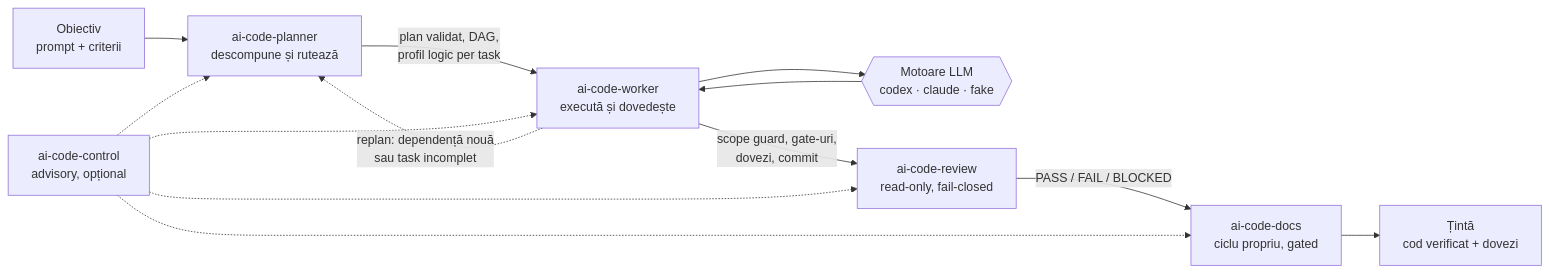
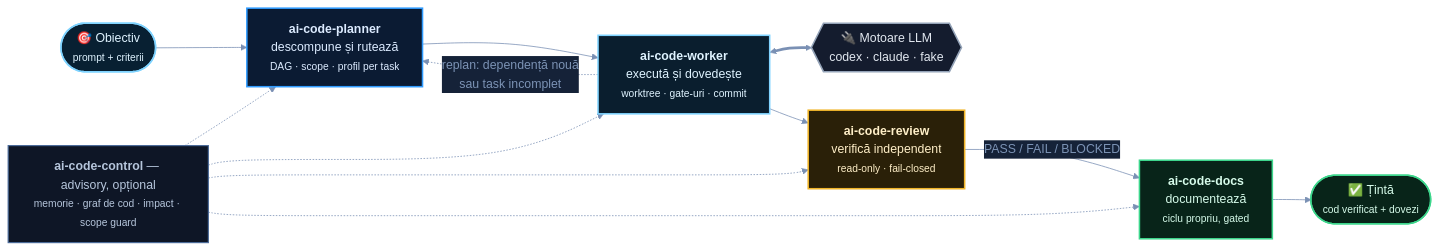
The first of 4 diagrams in README.md (Infoapex/infoapex-ai), drawn with Mermaid before and after one commit. The commit also changed other lines of this file, not shown here.

````diff
--- a/README.md
+++ b/README.md
@@ -45,15 +56,37 @@
 ```mermaid
+%%{init: {'theme':'base','themeVariables':{'fontFamily':'ui-sans-serif, system-ui, sans-serif','lineColor':'#7A90B4','primaryTextColor':'#7C93B5','edgeLabelBackground':'#152238','tertiaryTextColor':'#E8F2FF'}}}%%
 flowchart LR
-    U[Obiectiv<br/>prompt + criterii] --> P[ai-code-planner<br/>descompune și rutează]
-    P -->|plan validat, DAG,<br/>profil logic per task| W[ai-code-worker<br/>execută și dovedește]
-    W -.->|replan: dependență nouă<br/>sau task incomplet| P
-    W --> E{{Motoare LLM<br/>codex · claude · fake}}
-    E --> W
-    W -->|scope guard, gate-uri,<br/>dovezi, commit| R[ai-code-review<br/>read-only, fail-closed]
-    R -->|PASS / FAIL / BLOCKED| D[ai-code-docs<br/>ciclu propriu, gated]
-    D --> T[Țintă<br/>cod verificat + dovezi]
-    C[ai-code-control<br/>advisory, opțional] -.-> P
-    C -.-> W
-    C -.-> R
-    C -.-> D
+    O(["🎯 Obiectiv<br/><small>prompt + criterii</small>"]) --> P
+
+    P["<b>ai-code-planner</b><br/>descompune și rutează<br/><small>DAG · scope · profil per task</small>"]
+    W["<b>ai-code-worker</b><br/>execută și dovedește<br/><small>worktree · gate-uri · commit</small>"]
+    R["<b>ai-code-review</b><br/>verifică independent<br/><small>read-only · fail-closed</small>"]
+    D["<b>ai-code-docs</b><br/>documentează<br/><small>ciclu propriu, gated</small>"]
+    T(["✅ Țintă<br/><small>cod verificat + dovezi</small>"])
+
+    P --> W
+    W -. "replan: dependență nouă<br/>sau task incomplet" .-> P
+    W <==> E{{"🔌 Motoare LLM<br/>codex · claude · fake"}}
+    W --> R
+    R -- "PASS / FAIL / BLOCKED" --> D
+    D --> T
+
+    C["<b>ai-code-control</b> — advisory, opțional<br/><small>memorie · graf de cod · impact · scope guard</small>"]
+    C -.-> P & W & R & D
+
+    classDef start fill:#082032,stroke:#7FD3FF,stroke-width:2px,color:#DFF3FF
+    classDef plan fill:#0B1B33,stroke:#2F9BFF,stroke-width:2px,color:#DCEBFF
+    classDef work fill:#0A1E2E,stroke:#7FD3FF,stroke-width:2px,color:#DFF3FF
+    classDef check fill:#2A2008,stroke:#F0B429,stroke-width:2px,color:#FFEFC8
+    classDef done fill:#082419,stroke:#3DD68C,stroke-width:2px,color:#D6FBEA
+    classDef engine fill:#141C2E,stroke:#94A3B8,stroke-width:2px,color:#E2E8F0
+    classDef advisory fill:#0E1626,stroke:#4A6A99,stroke-width:1.5px,color:#B6C6DC
+
+    class O start
+    class P plan
+    class W work
+    class R check
+    class D,T done
+    class E engine
+    class C advisory
 ```
````
